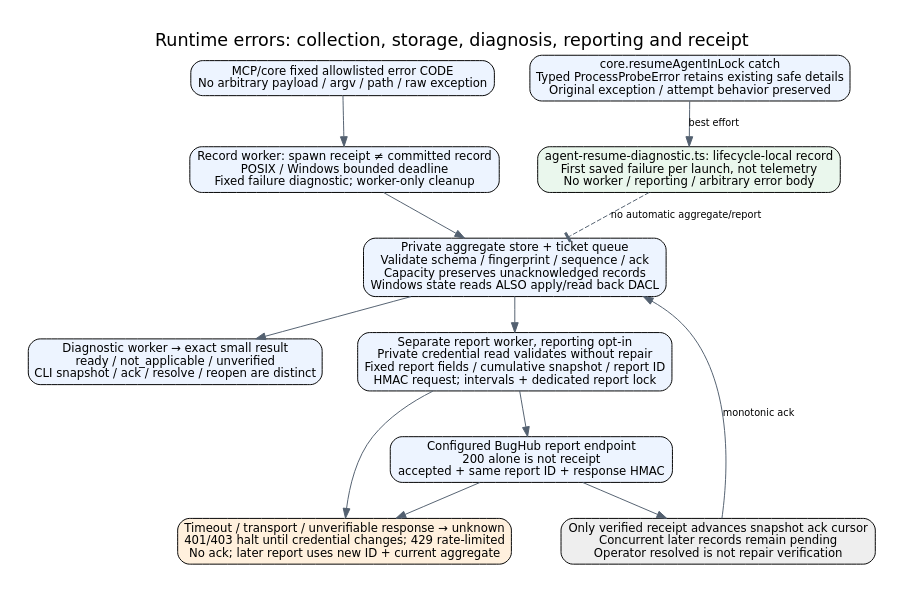
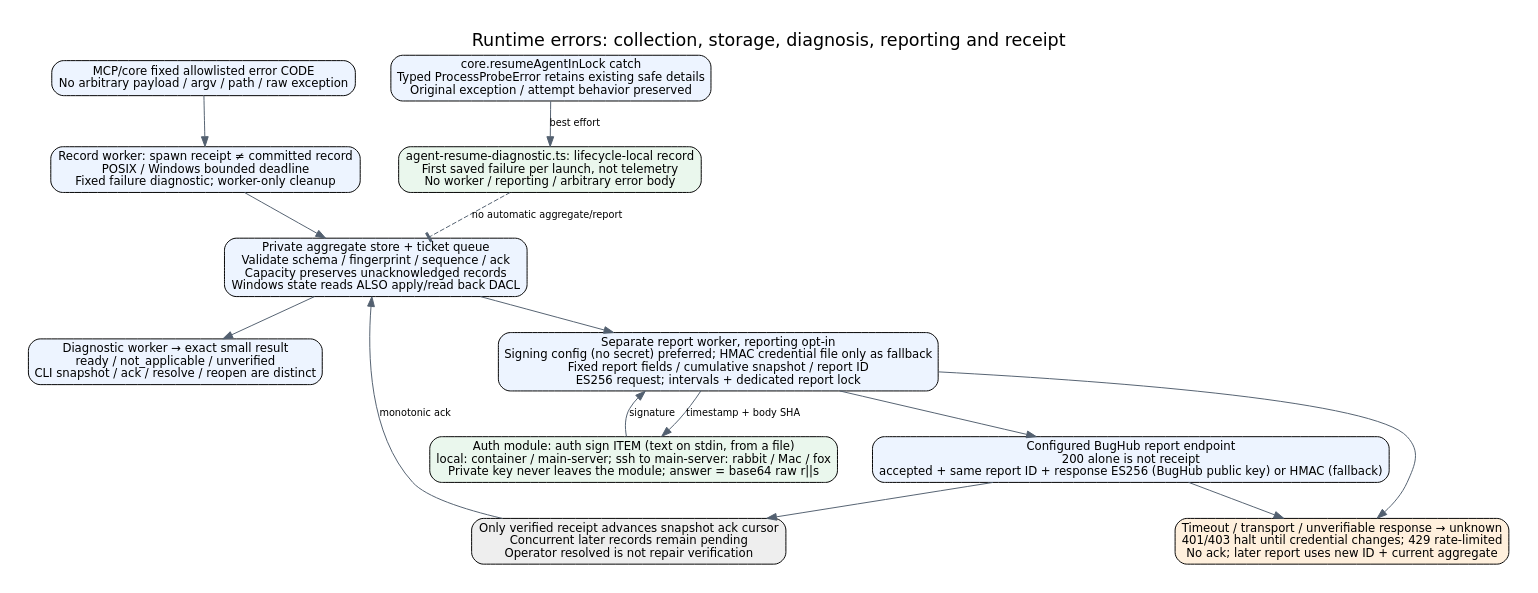
One commit to kitepon/aiterm-mcp changed the diagram in docs/architecture/runtime-errors.dot. Above: the diagram before and after it, drawn with Graphviz. The commit also changed 9 other files, not shown here.

First line of the commit message:
Sign BugHub reports through the auth module (BugHub-ES256)

```diff
--- a/docs/architecture/runtime-errors.dot
+++ b/docs/architecture/runtime-errors.dot
@@ -1,17 +1,19 @@
 digraph runtime_errors {
  graph [rankdir=TB,bgcolor="white",pad=0.3,nodesep=0.5,ranksep=0.5,label="Runtime errors: collection, storage, diagnosis, reporting and receipt",labelloc=t,fontname="DejaVu Sans",fontsize=18];
  node [shape=box,style="rounded,filled",fillcolor="#edf4ff",fontname="DejaVu Sans",fontsize=12]; edge [fontname="DejaVu Sans",fontsize=10,color="#536070"];
  event [label="MCP/core fixed allowlisted error CODE\nNo arbitrary payload / argv / path / raw exception"];
  worker [label="Record worker: spawn receipt ≠ committed record\nPOSIX / Windows bounded deadline\nFixed failure diagnostic; worker-only cleanup"];
  store [label="Private aggregate store + ticket queue\nValidate schema / fingerprint / sequence / ack\nCapacity preserves unacknowledged records\nWindows state reads ALSO apply/read back DACL"];
  diagnostic [label="Diagnostic worker → exact small result\nready / not_applicable / unverified\nCLI snapshot / ack / resolve / reopen are distinct"];
- report [label="Separate report worker, reporting opt-in\nPrivate credential read validates without repair\nFixed report fields / cumulative snapshot / report ID\nHMAC request; intervals + dedicated report lock"];
- server [label="Configured BugHub report endpoint\n200 alone is not receipt\naccepted + same report ID + response HMAC"];
+ report [label="Separate report worker, reporting opt-in\nSigning config (no secret) preferred; HMAC credential file only as fallback\nFixed report fields / cumulative snapshot / report ID\nES256 request; intervals + dedicated report lock"];
+ signer [label="Auth module: auth sign ITEM (text on stdin, from a file)\nlocal: container / main-server; ssh to main-server: rabbit / Mac / fox\nPrivate key never leaves the module; answer = base64 raw r||s",fillcolor="#eaf7ed"];
+ signer -> report [label="signature"]; report -> signer [label="timestamp + body SHA"];
+ server [label="Configured BugHub report endpoint\n200 alone is not receipt\naccepted + same report ID + response ES256 (BugHub public key) or HMAC (fallback)"];
  ack [label="Only verified receipt advances snapshot ack cursor\nConcurrent later records remain pending\nOperator resolved is not repair verification",fillcolor="#eeeeee"];
  unknown [label="Timeout / transport / unverifiable response → unknown\n401/403 halt until credential changes; 429 rate-limited\nNo ack; later report uses new ID + current aggregate",fillcolor="#fff0dd"];
  event -> worker;worker -> store;store -> diagnostic;store -> report;report -> server;server -> ack;ack -> store [label="monotonic ack"];server -> unknown;report -> unknown;
   resume_failure [label="agent-resume-diagnostic.ts: lifecycle-local record\nFirst saved failure per launch, not telemetry\nNo worker / reporting / arbitrary error body",fillcolor="#eaf7ed"];
   resume_source [label="core.resumeAgentInLock catch\nTyped ProcessProbeError retains existing safe details\nOriginal exception / attempt behavior preserved"];
   resume_source -> resume_failure [label="best effort"];
   resume_failure -> store [label="no automatic aggregate/report",style=dashed,arrowhead=tee];
 }
```
